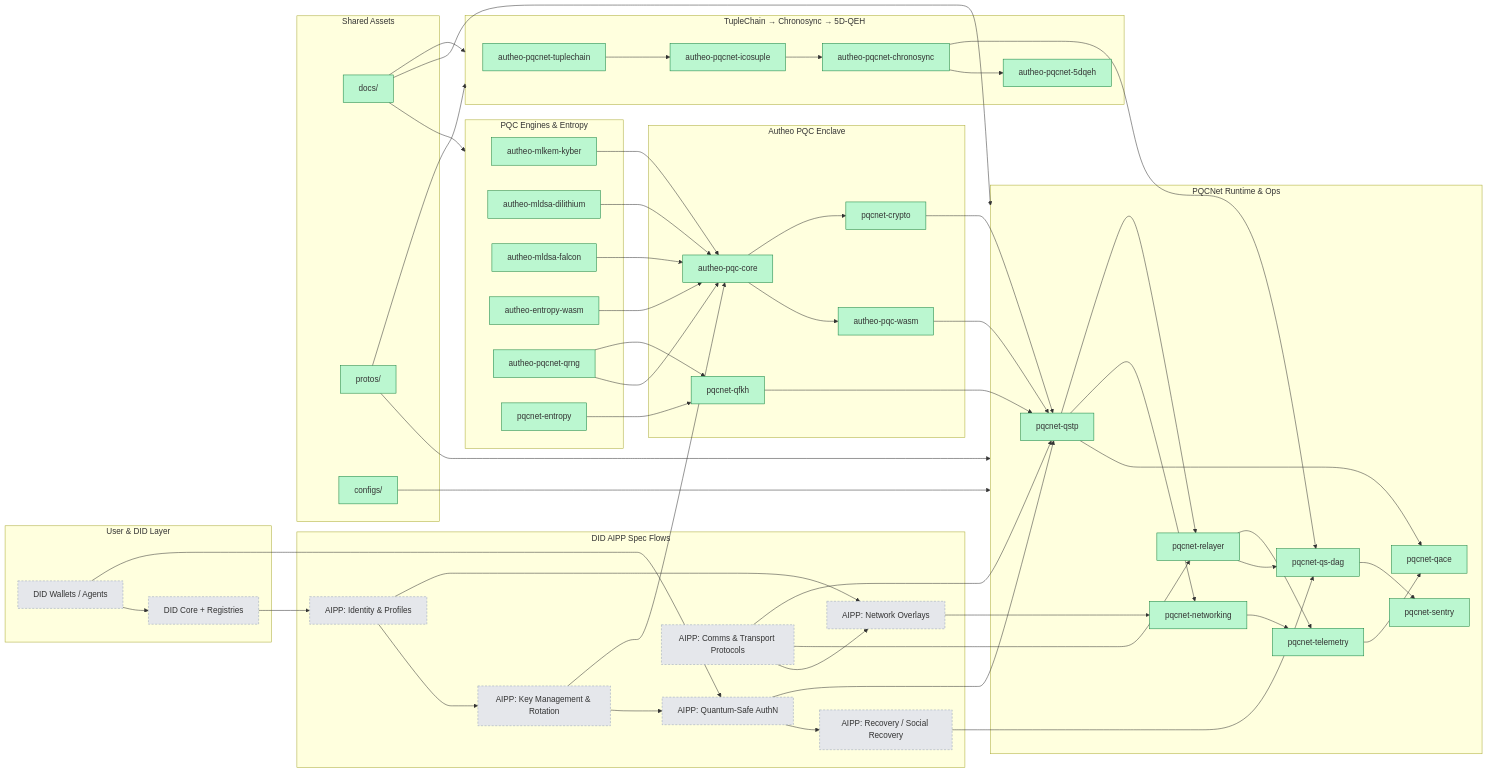
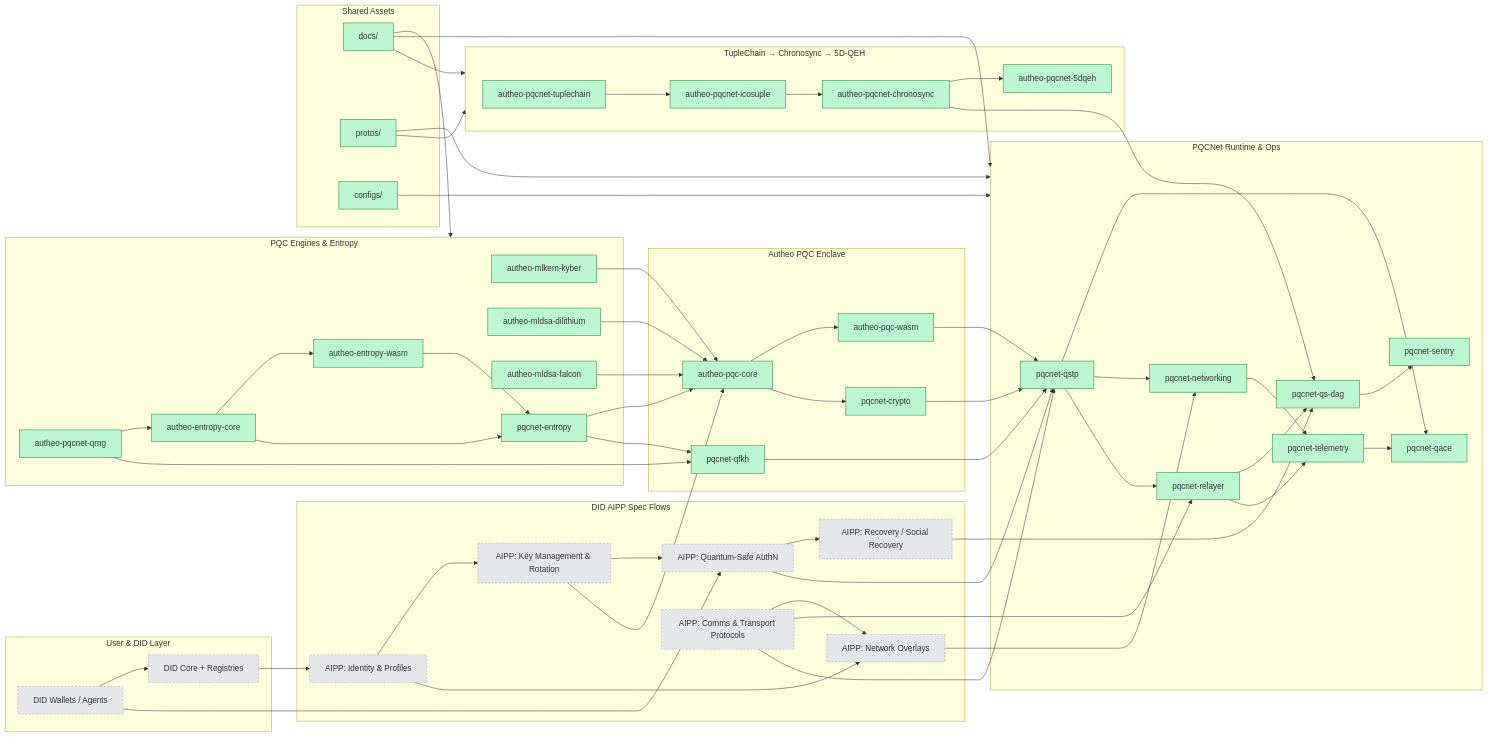
One commit to Lpierzina/pqc-tracing-bot changed the first of 2 diagrams in README.md. Above: the diagram before and after it, drawn with Mermaid. The commit also changed other lines of this file and 1 other file, not shown here.

Commit message:
feat: Add autheo-entropy-core and real data inputs (#78)

````diff
--- a/README.md
+++ b/README.md
@@ -49,6 +56,7 @@
   Dilithium["autheo-mldsa-dilithium"]
   Falcon["autheo-mldsa-falcon"]
   EntropyWasm["autheo-entropy-wasm"]
+  EntropyCore["autheo-entropy-core"]
   QRNG["autheo-pqcnet-qrng"]
   PqcEntropy["pqcnet-entropy"]
 end
@@ -61,9 +69,12 @@
 Kyber --> PqcCore
 Dilithium --> PqcCore
 Falcon --> PqcCore
-EntropyWasm --> PqcCore
-QRNG --> PqcCore
+EntropyCore --> EntropyWasm
+EntropyCore --> PqcEntropy
+EntropyWasm --> PqcEntropy
+QRNG --> EntropyCore
 QRNG --> QFkh
+PqcEntropy --> PqcCore
 PqcEntropy --> QFkh
 PqcCore --> PqcWasm
 PqcCore --> Crypto
@@ -114,6 +125,6 @@
 AIPComms --> Qstp
 classDef completed fill:#bbf7d0,stroke:#15803d,stroke-width:1px;
 classDef external fill:#e5e7eb,stroke:#94a3b8,stroke-dasharray:4 3;
-class Kyber,Dilithium,Falcon,EntropyWasm,QRNG,PqcEntropy,PqcCore,PqcWasm,QFkh,Crypto,Qstp,QsDag,Sentry,Net,Relayer,Telemetry,QACE,Tuplechain,Icosuple,Chrono,FiveDqeh,Docs,Protos,Configs completed;
+class Kyber,Dilithium,Falcon,EntropyWasm,EntropyCore,QRNG,PqcEntropy,PqcCore,PqcWasm,QFkh,Crypto,Qstp,QsDag,Sentry,Net,Relayer,Telemetry,QACE,Tuplechain,Icosuple,Chrono,FiveDqeh,Docs,Protos,Configs completed;
 class Wallet,DIDCore,AIPId,AIPKeys,AIPAuth,AIPRec,AIPOverlays,AIPComms external;
 ```
````
